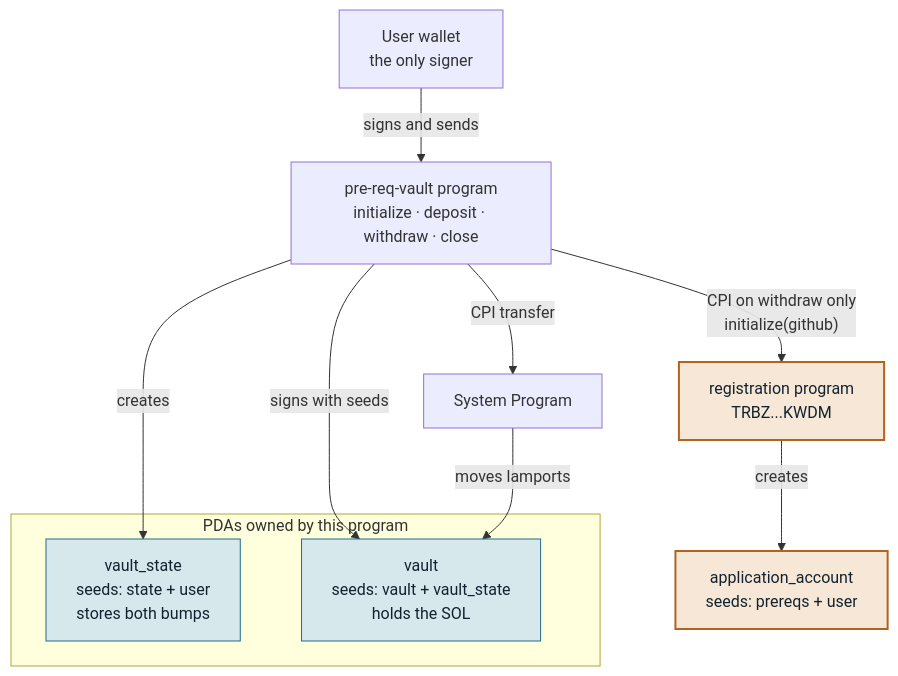
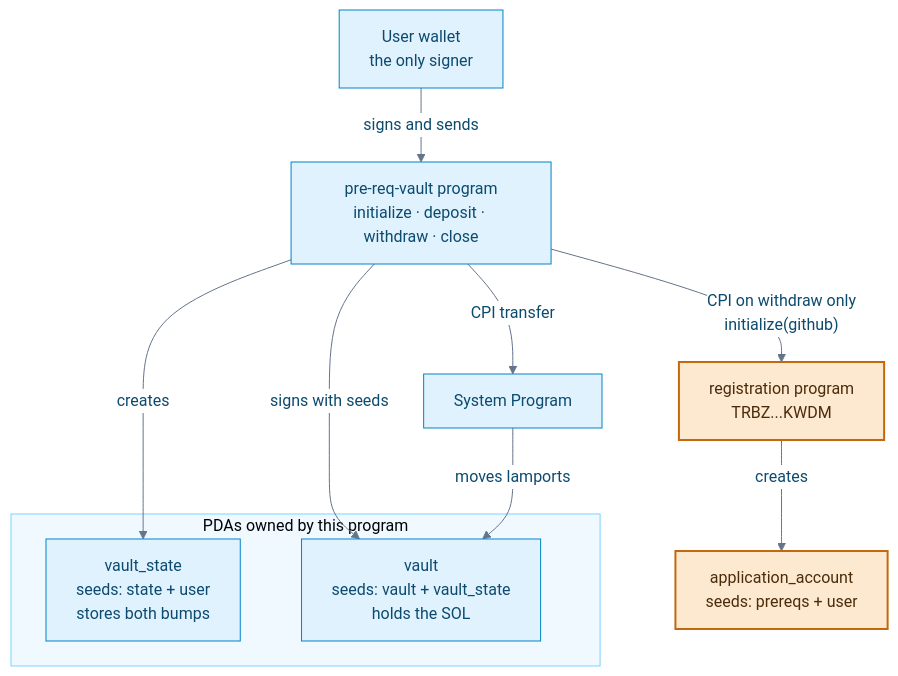
One commit to Anshumancanrock/Turbin3 changed the diagram in README.md. Above: the diagram before and after it, drawn with Mermaid. The commit also changed 1 other file, not shown here.

Commit message:
Sky blue palette for the diagram

````diff
--- a/README.md
+++ b/README.md
@@ -11,27 +11,28 @@
 ```mermaid
+%%{init: {'theme':'base','themeVariables':{
+  'primaryColor':'#e0f2fe','primaryBorderColor':'#0284c7','primaryTextColor':'#0c4a6e',
+  'lineColor':'#64748b','clusterBkg':'#f0f9ff','clusterBorder':'#7dd3fc','edgeLabelBackground':'#ffffff'}}}%%
 flowchart TD
     U["User wallet<br/>the only signer"]
     P["pre-req-vault program<br/>initialize · deposit · withdraw · close"]
 
     subgraph owned ["PDAs owned by this program"]
         VS["vault_state<br/>seeds: state + user<br/>stores both bumps"]
         V["vault<br/>seeds: vault + vault_state<br/>holds the SOL"]
     end
 
     SP["System Program"]
     REG["registration program<br/>TRBZ...KWDM"]
     APP["application_account<br/>seeds: prereqs + user"]
 
     U -->|signs and sends| P
     P -->|creates| VS
     P -->|signs with seeds| V
     P -->|CPI transfer| SP
     SP -->|moves lamports| V
     P -->|"CPI on withdraw only<br/>initialize(github)"| REG
     REG -->|creates| APP
 
-    classDef cpi fill:#f6e7d6,stroke:#b0641f,stroke-width:2px,color:#13222e
-    classDef pda fill:#d7e8ed,stroke:#226c84,color:#13222e
+    classDef cpi fill:#fde8d0,stroke:#c2680f,stroke-width:2px,color:#4a2c0a
     class REG,APP cpi
-    class VS,V pda
 ```
````
